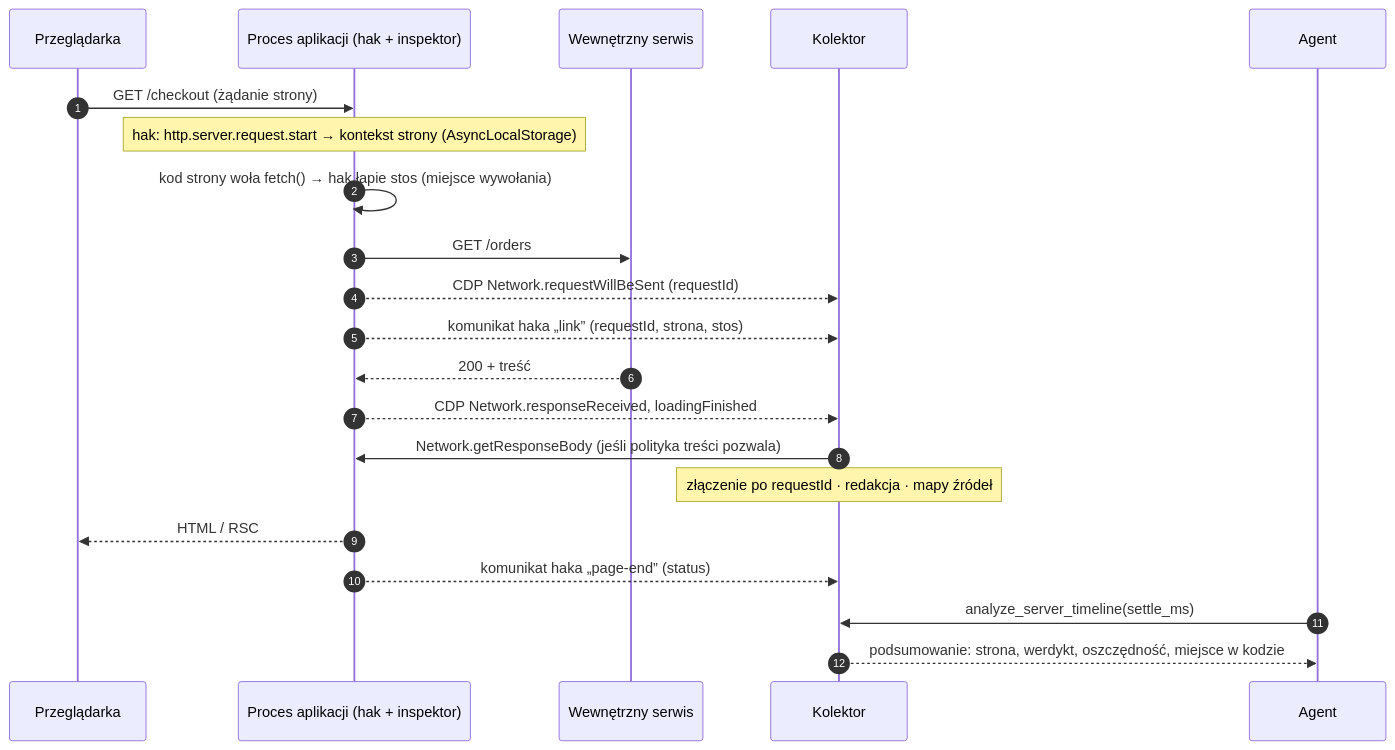
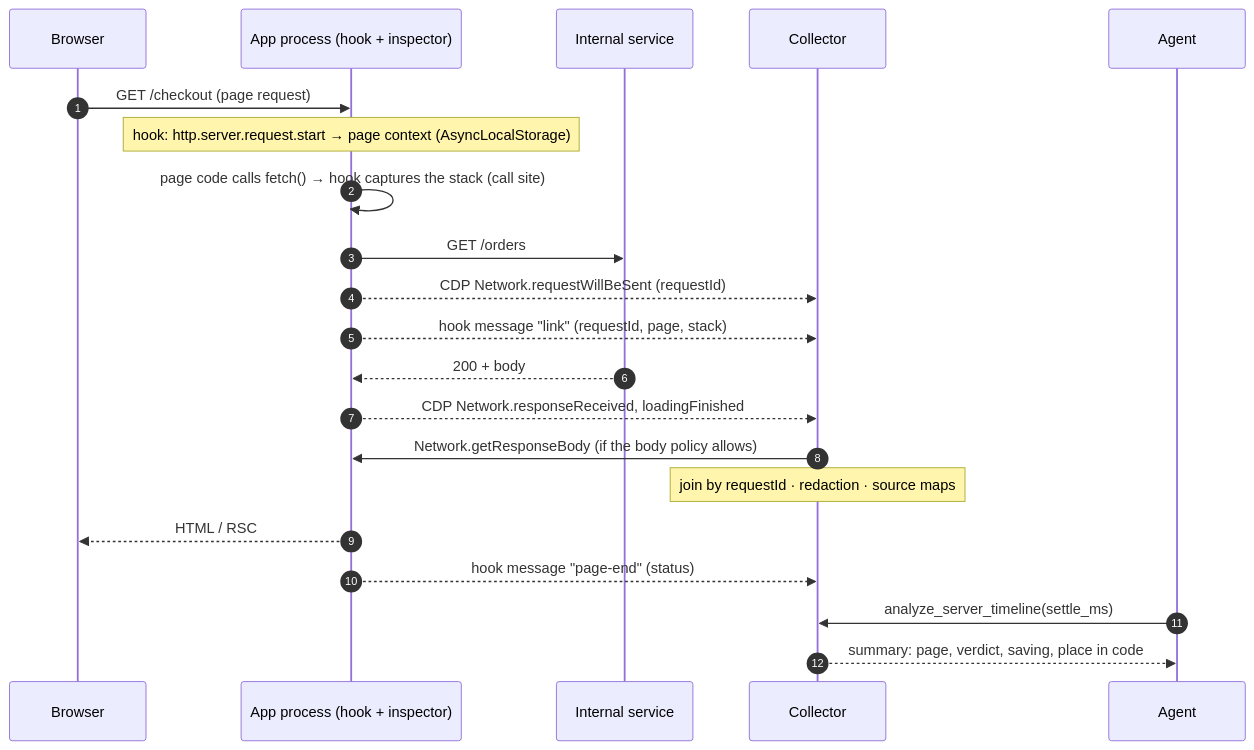
The third of 3 diagrams in docs/architecture.md (jakubprill/node-outbound-inspector), drawn with Mermaid before and after one commit. The commit also changed other lines of this file and 36 other files, not shown here.

First line of the commit message:
Documentation in English: CHANGELOG, ADRs (renamed to English slugs), architecture, security audit, Next MCP comparison, reports

````diff
--- a/docs/architecture.md
+++ b/docs/architecture.md
@@ -332,23 +332,23 @@
 ```mermaid
 sequenceDiagram
   autonumber
-  participant B as Przeglądarka
-  participant N as Proces aplikacji (hak + inspektor)
-  participant X as Wewnętrzny serwis
-  participant K as Kolektor
+  participant B as Browser
+  participant N as App process (hook + inspector)
+  participant X as Internal service
+  participant K as Collector
   participant A as Agent
-  B->>N: GET /checkout (żądanie strony)
-  Note over N: hak: http.server.request.start → kontekst strony (AsyncLocalStorage)
-  N->>N: kod strony woła fetch() → hak łapie stos (miejsce wywołania)
+  B->>N: GET /checkout (page request)
+  Note over N: hook: http.server.request.start → page context (AsyncLocalStorage)
+  N->>N: page code calls fetch() → hook captures the stack (call site)
   N->>X: GET /orders
   N-->>K: CDP Network.requestWillBeSent (requestId)
-  N-->>K: komunikat haka „link” (requestId, strona, stos)
-  X-->>N: 200 + treść
+  N-->>K: hook message "link" (requestId, page, stack)
+  X-->>N: 200 + body
   N-->>K: CDP Network.responseReceived, loadingFinished
-  K->>N: Network.getResponseBody (jeśli polityka treści pozwala)
-  Note over K: złączenie po requestId · redakcja · mapy źródeł
+  K->>N: Network.getResponseBody (if the body policy allows)
+  Note over K: join by requestId · redaction · source maps
   N-->>B: HTML / RSC
-  N-->>K: komunikat haka „page-end” (status)
+  N-->>K: hook message "page-end" (status)
   A->>K: analyze_server_timeline(settle_ms)
-  K-->>A: podsumowanie: strona, werdykt, oszczędność, miejsce w kodzie
+  K-->>A: summary: page, verdict, saving, place in code
 ```
````
